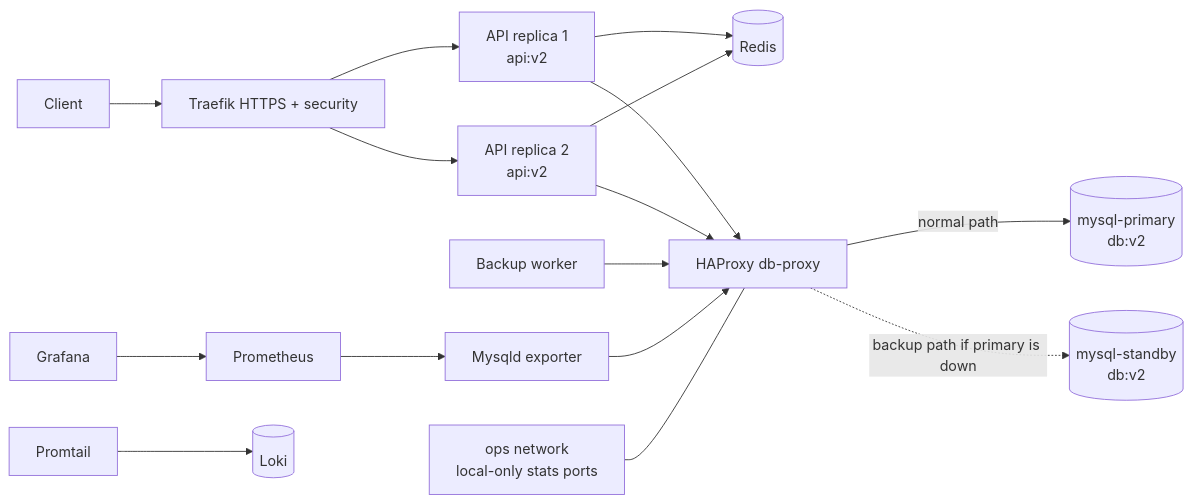
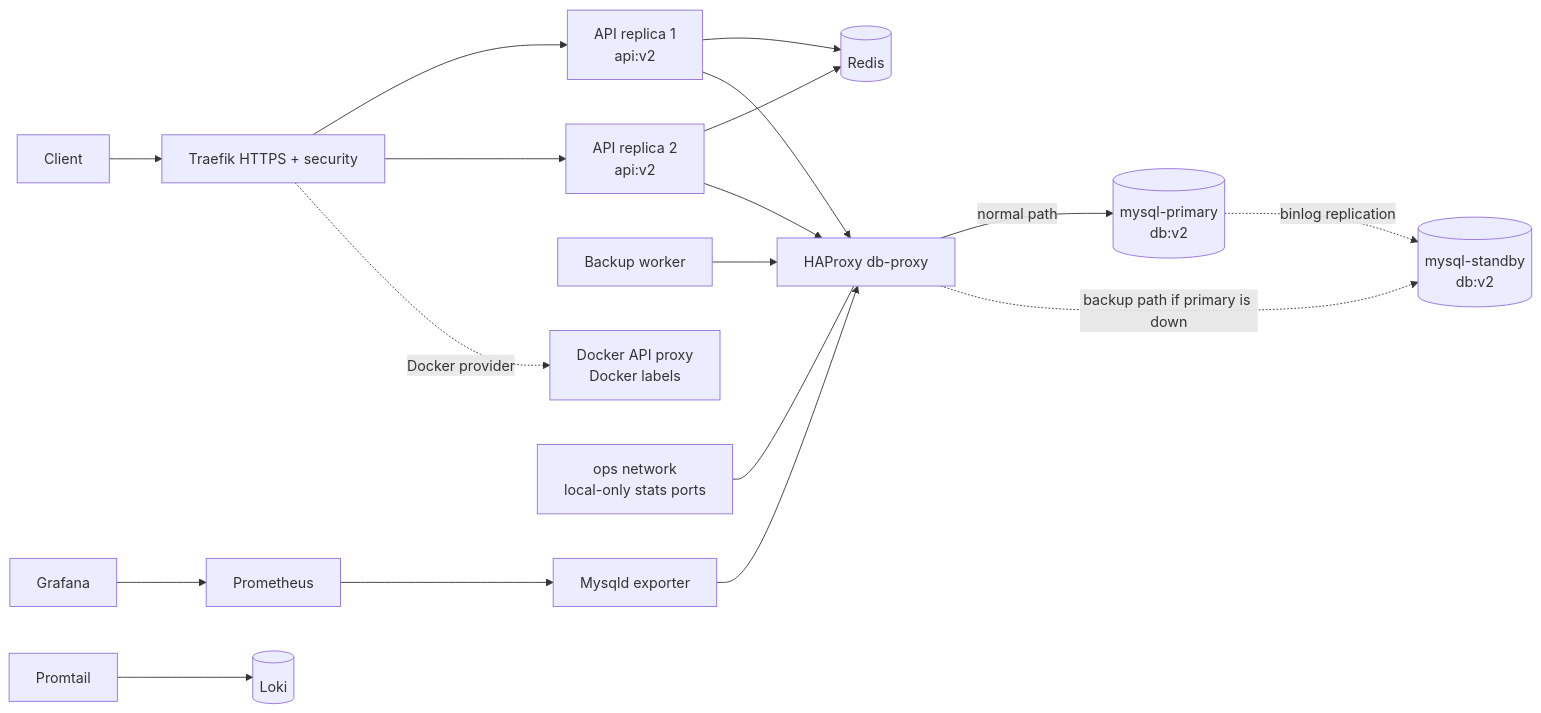
The first of 2 diagrams in 10-database-failover/README.md (maher-elattar/task-three-mosalam-intern), drawn with Mermaid before and after one commit. The commit also changed other lines of this file and 129 other files, not shown here.

Commit message:
Use Traefik Docker discovery and replicated DB failover

````diff
--- a/10-database-failover/README.md
+++ b/10-database-failover/README.md
@@ -19,21 +20,24 @@
 ```mermaid
 flowchart LR
   user[Client] --> traefik[Traefik HTTPS + security]
   traefik --> api1[API replica 1<br/>api:v2]
   traefik --> api2[API replica 2<br/>api:v2]
   api1 --> redis[(Redis)]
   api2 --> redis
 
   api1 --> dbproxy[HAProxy db-proxy]
   api2 --> dbproxy
   backup[Backup worker] --> dbproxy
   mysqld[Mysqld exporter] --> dbproxy
 
   dbproxy -->|normal path| primary[(mysql-primary<br/>db:v2)]
-  dbproxy -. "backup path if primary is down" .-> standby[(mysql-standby<br/>db:v2)]
+  primary -. "binlog replication" .-> standby[(mysql-standby<br/>db:v2)]
+  dbproxy -. "backup path if primary is down" .-> standby
 
   ops[ops network<br/>local-only stats ports] --- dbproxy
   prom[Prometheus] --> mysqld
   grafana[Grafana] --> prom
   promtail[Promtail] --> loki[(Loki)]
+  dockerproxy[Docker API proxy<br/>Docker labels]
+  traefik -. "Docker provider" .-> dockerproxy
 ```
````
